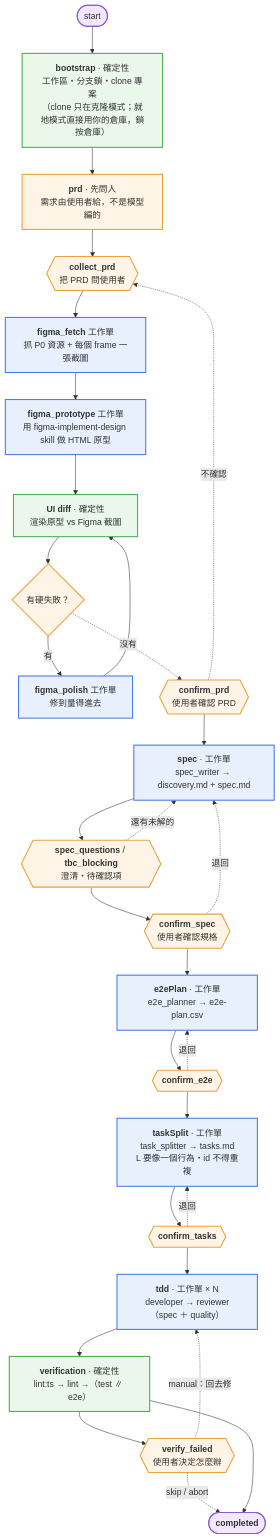
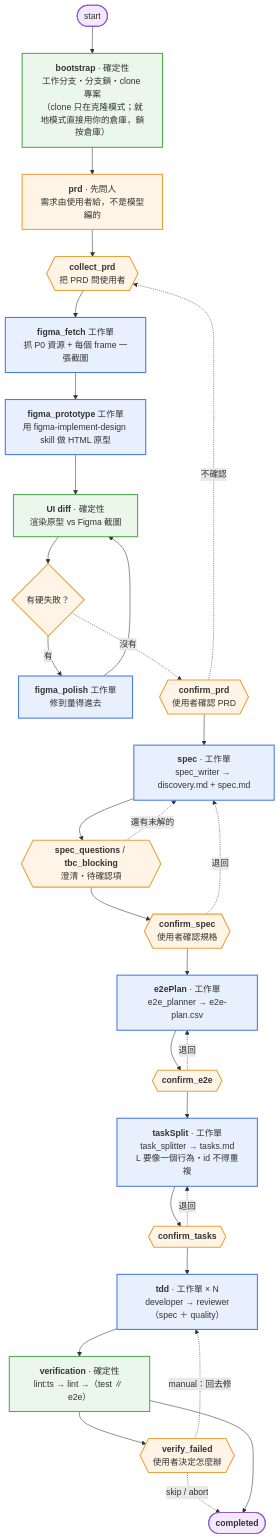
One commit to sukunwei/frontend-sdd-agent changed the first of 3 diagrams in README.md. Above: the diagram before and after it, drawn with Mermaid. The commit also changed other lines of this file and 21 other files, not shown here.

First line of the commit message:
fix(sdd-graph): 修完就地模式最終審查的 9 條重要發現與 8 條小發現

````diff
--- a/README.md
+++ b/README.md
@@ -332,55 +344,55 @@
 ```mermaid
 flowchart TD
   START(["start"]) --> BOOT
 
-  BOOT["<b>bootstrap</b> · 確定性<br/>工作區・分支鎖・clone 專案<br/>（clone 只在克隆模式；就地模式直接用你的倉庫，鎖按倉庫）"]
+  BOOT["<b>bootstrap</b> · 確定性<br/>工作分支・分支鎖・clone 專案<br/>（clone 只在克隆模式；就地模式直接用你的倉庫，鎖按倉庫）"]
   BOOT --> PRD
 
   PRD["<b>prd</b> · 先問人<br/>需求由使用者給，不是模型編的"]
   PRD --> PRD_Q{{"<b>collect_prd</b><br/>把 PRD 問使用者"}}
   PRD_Q --> PRD_F["<b>figma_fetch</b> 工作單<br/>抓 P0 資源 + 每個 frame 一張截圖"]
   PRD_F --> PRD_P["<b>figma_prototype</b> 工作單<br/>用 figma-implement-design skill 做 HTML 原型"]
   PRD_P --> PRD_D["<b>UI diff</b> · 確定性<br/>渲染原型 vs Figma 截圖"]
   PRD_D --> PRD_R{"有硬失敗？"}
   PRD_R -->|"有"| PRD_X["<b>figma_polish</b> 工作單<br/>修到量得進去"]
   PRD_X --> PRD_D
   PRD_R -.->|"沒有"| PRD_C{{"<b>confirm_prd</b><br/>使用者確認 PRD"}}
   PRD_C -.->|"不確認"| PRD_Q
   PRD_C --> SPEC
 
   SPEC["<b>spec</b> · 工作單<br/>spec_writer → discovery.md + spec.md"]
   SPEC --> SPEC_Q{{"<b>spec_questions</b> / <b>tbc_blocking</b><br/>澄清・待確認項"}}
   SPEC_Q -.->|"還有未解的"| SPEC
   SPEC_Q --> SPEC_C{{"<b>confirm_spec</b><br/>使用者確認規格"}}
   SPEC_C -.->|"退回"| SPEC
   SPEC_C --> E2E
 
   E2E["<b>e2ePlan</b> · 工作單<br/>e2e_planner → e2e-plan.csv"]
   E2E --> E2E_C{{"<b>confirm_e2e</b>"}}
   E2E_C -.->|"退回"| E2E
   E2E_C --> TS
 
   TS["<b>taskSplit</b> · 工作單<br/>task_splitter → tasks.md<br/>L 要像一個行為・id 不得重複"]
   TS --> TS_C{{"<b>confirm_tasks</b>"}}
   TS_C -.->|"退回"| TS
   TS_C --> TDD
 
   TDD["<b>tdd</b> · 工作單 × N<br/>developer → reviewer（spec ＋ quality）"]
   TDD --> VER
 
   VER["<b>verification</b> · 確定性<br/>lint:ts → lint →（test ∥ e2e）"]
   VER --> VER_Q{{"<b>verify_failed</b><br/>使用者決定怎麼辦"}}
   VER_Q -.->|"manual：回去修"| TDD
   VER_Q -.->|"skip / abort"| DONE
   VER --> DONE(["<b>completed</b>"])
 
   classDef gate fill:#fff4e5,stroke:#e8a33d,stroke-width:2px
   classDef work fill:#e8f0fe,stroke:#4a7de8,stroke-width:2px
   classDef det fill:#eaf7ea,stroke:#4caf50,stroke-width:2px
   classDef term fill:#f3e8fd,stroke:#8e5bd0,stroke-width:2px
 
   class PRD,PRD_Q,PRD_C,PRD_R,SPEC_Q,SPEC_C,E2E_C,TS_C,VER_Q gate
   class PRD_F,PRD_P,PRD_X,SPEC,E2E,TS,TDD work
   class BOOT,PRD_D,VER det
   class START,DONE term
 ```
````
